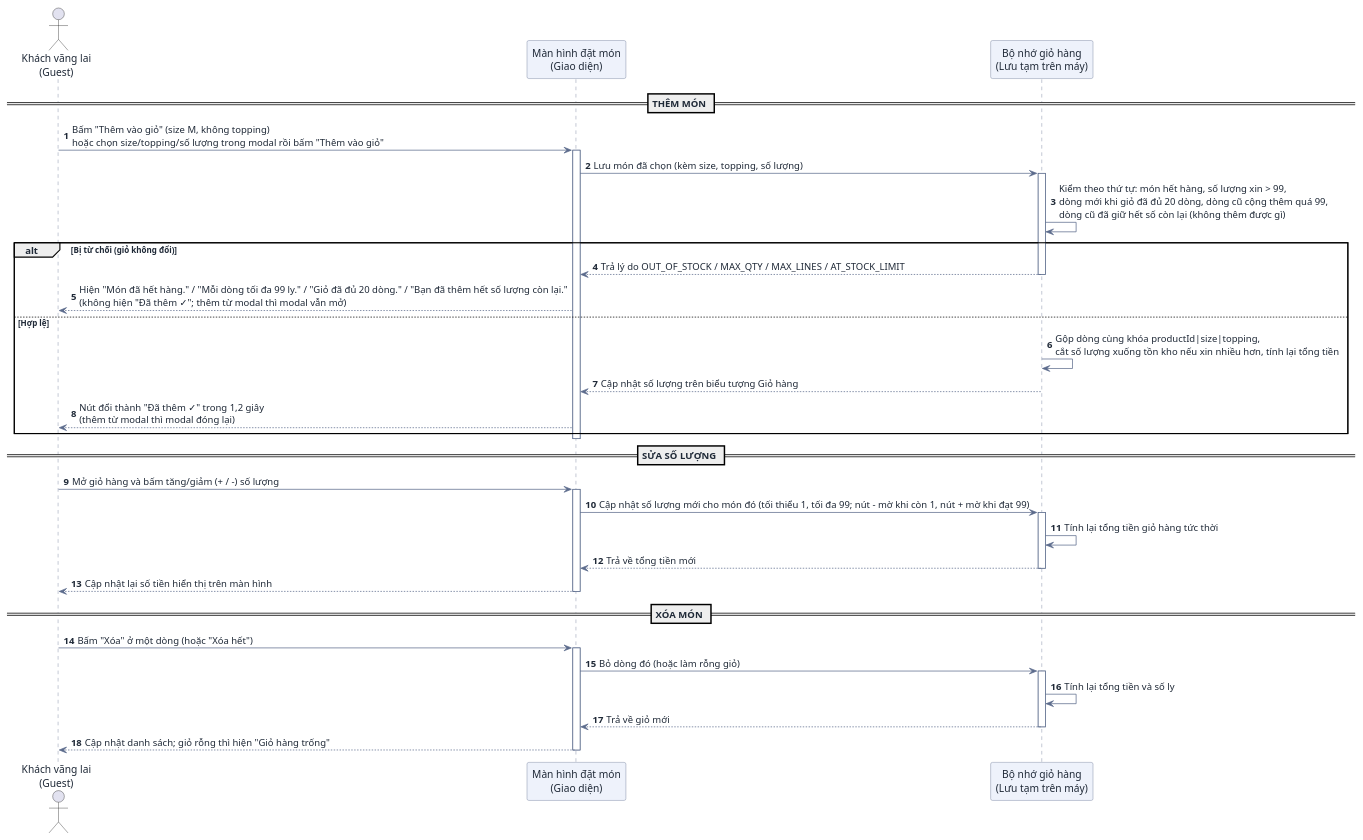
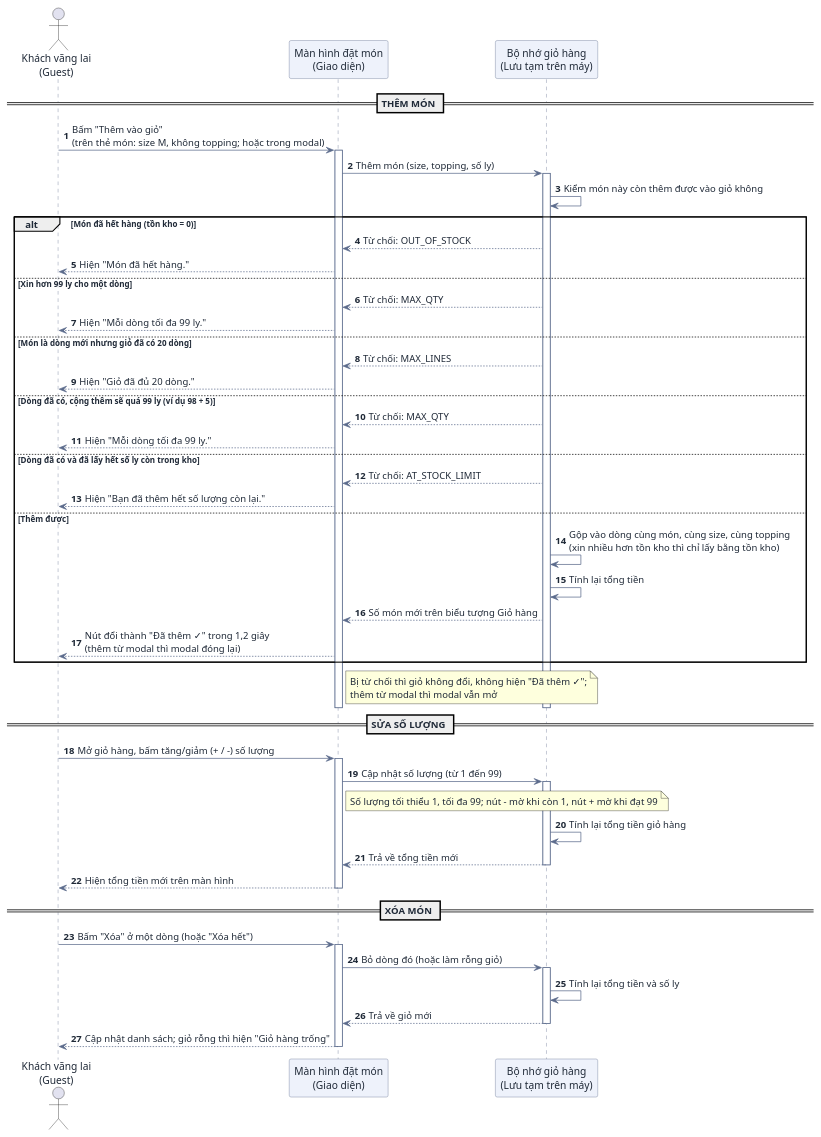
The second of 10 diagrams in docs/user-sequence-specifications.md (DuVinhLoi/BrewLite), drawn with PlantUML before and after one commit. The commit also changed other lines of this file, not shown here.

Commit message:
docs: clarify UC01-UC03 sequence messages and activation

````diff
--- a/docs/user-sequence-specifications.md
+++ b/docs/user-sequence-specifications.md
@@ -183,55 +185,68 @@
 ```plantuml
 @startuml
 skinparam DefaultFontColor #1f2937
 skinparam ArrowColor #5b6b8c
 skinparam SequenceParticipantBackgroundColor #eef2fb
 skinparam SequenceParticipantBorderColor #5b6b8c
 skinparam SequenceLifeLineBorderColor #5b6b8c
 
 autonumber
 actor "Khách vãng lai\n(Guest)" as User
 participant "Màn hình đặt món\n(Giao diện)" as UI
 participant "Bộ nhớ giỏ hàng\n(Lưu tạm trên máy)" as Cart
 
 == THÊM MÓN ==
-User -> UI : Bấm "Thêm vào giỏ" (size M, không topping)\nhoặc chọn size/topping/số lượng trong modal rồi bấm "Thêm vào giỏ"
+User -> UI : Bấm "Thêm vào giỏ"\n(trên thẻ món: size M, không topping; hoặc trong modal)
 activate UI
-UI -> Cart : Lưu món đã chọn (kèm size, topping, số lượng)
+UI -> Cart : Thêm món (size, topping, số ly)
 activate Cart
-
-Cart -> Cart : Kiểm theo thứ tự: món hết hàng, số lượng xin > 99,\ndòng mới khi giỏ đã đủ 20 dòng, dòng cũ cộng thêm quá 99,\ndòng cũ đã giữ hết số còn lại (không thêm được gì)
-alt Bị từ chối (giỏ không đổi)
-Cart --> UI : Trả lý do OUT_OF_STOCK / MAX_QTY / MAX_LINES / AT_STOCK_LIMIT
+Cart -> Cart : Kiểm món này còn thêm được vào giỏ không
+alt Món đã hết hàng (tồn kho = 0)
+  Cart --> UI : Từ chối: OUT_OF_STOCK
+  UI --> User : Hiện "Món đã hết hàng."
+else Xin hơn 99 ly cho một dòng
+  Cart --> UI : Từ chối: MAX_QTY
+  UI --> User : Hiện "Mỗi dòng tối đa 99 ly."
+else Món là dòng mới nhưng giỏ đã có 20 dòng
+  Cart --> UI : Từ chối: MAX_LINES
+  UI --> User : Hiện "Giỏ đã đủ 20 dòng."
+else Dòng đã có, cộng thêm sẽ quá 99 ly (ví dụ 98 + 5)
+  Cart --> UI : Từ chối: MAX_QTY
+  UI --> User : Hiện "Mỗi dòng tối đa 99 ly."
+else Dòng đã có và đã lấy hết số ly còn trong kho
+  Cart --> UI : Từ chối: AT_STOCK_LIMIT
+  UI --> User : Hiện "Bạn đã thêm hết số lượng còn lại."
+else Thêm được
+  Cart -> Cart : Gộp vào dòng cùng món, cùng size, cùng topping\n(xin nhiều hơn tồn kho thì chỉ lấy bằng tồn kho)
+  Cart -> Cart : Tính lại tổng tiền
+  Cart --> UI : Số món mới trên biểu tượng Giỏ hàng
+  UI --> User : Nút đổi thành "Đã thêm ✓" trong 1,2 giây\n(thêm từ modal thì modal đóng lại)
+end
+note right of UI : Bị từ chối thì giỏ không đổi, không hiện "Đã thêm ✓";\nthêm từ modal thì modal vẫn mở
 deactivate Cart
-UI --> User : Hiện "Món đã hết hàng." / "Mỗi dòng tối đa 99 ly." / "Giỏ đã đủ 20 dòng." / "Bạn đã thêm hết số lượng còn lại."\n(không hiện "Đã thêm ✓"; thêm từ modal thì modal vẫn mở)
-else Hợp lệ
-Cart -> Cart : Gộp dòng cùng khóa productId|size|topping,\ncắt số lượng xuống tồn kho nếu xin nhiều hơn, tính lại tổng tiền
-Cart --> UI : Cập nhật số lượng trên biểu tượng Giỏ hàng
-deactivate Cart
-UI --> User : Nút đổi thành "Đã thêm ✓" trong 1,2 giây\n(thêm từ modal thì modal đóng lại)
-end
 deactivate UI
 
 == SỬA SỐ LƯỢNG ==
-User -> UI : Mở giỏ hàng và bấm tăng/giảm (+ / -) số lượng
+User -> UI : Mở giỏ hàng, bấm tăng/giảm (+ / -) số lượng
 activate UI
-UI -> Cart : Cập nhật số lượng mới cho món đó (tối thiểu 1, tối đa 99; nút - mờ khi còn 1, nút + mờ khi đạt 99)
+UI -> Cart : Cập nhật số lượng (từ 1 đến 99)
+note right of UI : Số lượng tối thiểu 1, tối đa 99; nút - mờ khi còn 1, nút + mờ khi đạt 99
 activate Cart
-Cart -> Cart : Tính lại tổng tiền giỏ hàng tức thời
+Cart -> Cart : Tính lại tổng tiền giỏ hàng
 Cart --> UI : Trả về tổng tiền mới
 deactivate Cart
-UI --> User : Cập nhật lại số tiền hiển thị trên màn hình
+UI --> User : Hiện tổng tiền mới trên màn hình
 deactivate UI
 
 == XÓA MÓN ==
 User -> UI : Bấm "Xóa" ở một dòng (hoặc "Xóa hết")
 activate UI
 UI -> Cart : Bỏ dòng đó (hoặc làm rỗng giỏ)
 activate Cart
 Cart -> Cart : Tính lại tổng tiền và số ly
 Cart --> UI : Trả về giỏ mới
 deactivate Cart
 UI --> User : Cập nhật danh sách; giỏ rỗng thì hiện "Giỏ hàng trống"
 deactivate UI
 @enduml
 ```
````
